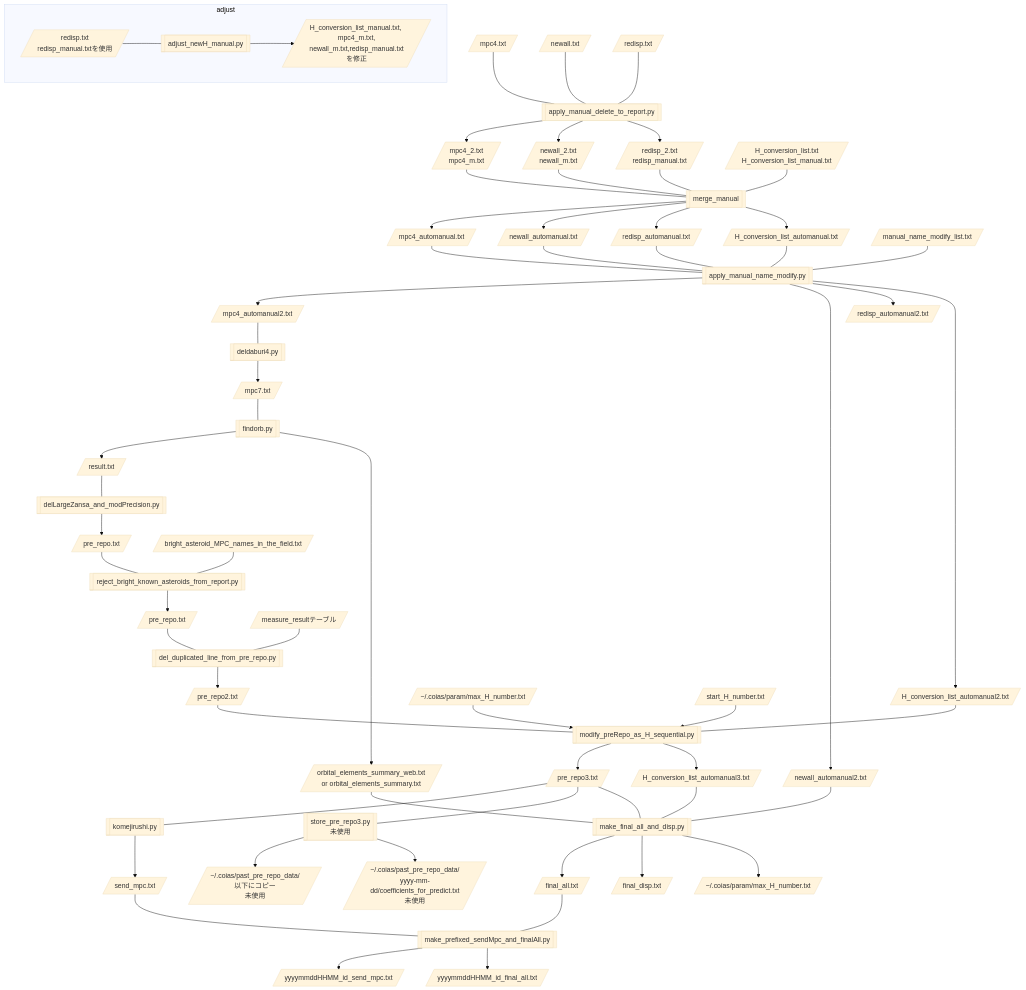
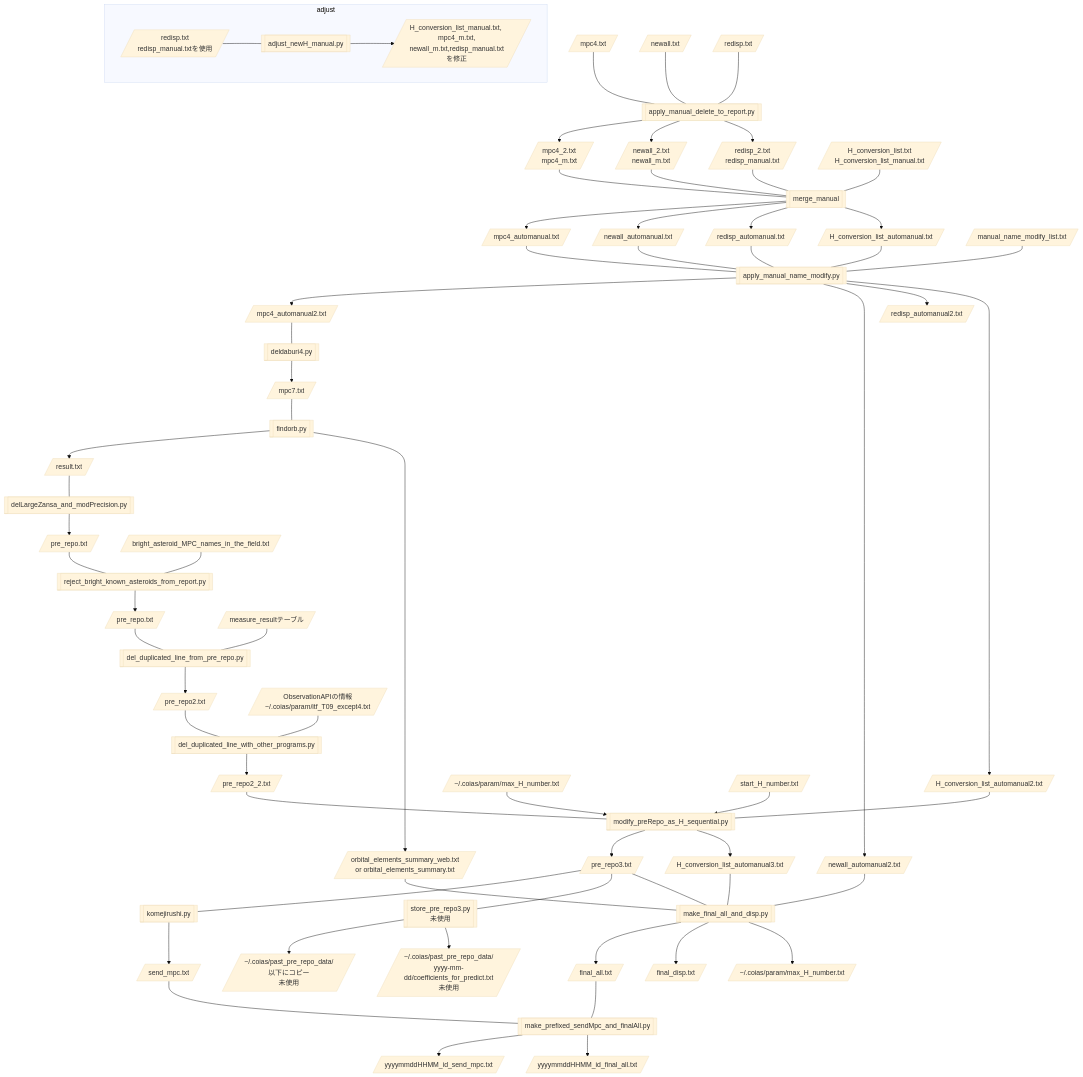
Before and after one commit to COIAS-program/COIAS_program_github: the diagram in flowcharts/flowchart7-AstsearchR_afterReCOIAS.md, drawn with Mermaid (base theme).

Commit message:
概要としてflowchartのみ更新。プログラムの修正はまだ

```diff
--- a/flowcharts/flowchart7-AstsearchR_afterReCOIAS.md
+++ b/flowcharts/flowchart7-AstsearchR_afterReCOIAS.md
@@ -44,7 +44,10 @@
 	W --- b[[del_duplicated_line_from_pre_repo.py]]
 	c[/measure_resultテーブル/] --- b
 	b --> d[/pre_repo2.txt/]
-    d --- Y[[modify_preRepo_as_H_sequential.py]]
+    d --- Y2[[del_duplicated_line_with_other_programs.py]]
+    c2[/ObservationAPIの情報\n~/.coias/param/itf_T09_except4.txt/] --- Y2
+    Y2 --> d2[/pre_repo2_2.txt/]
+    d2 --- Y[[modify_preRepo_as_H_sequential.py]]
     r[/"~/.coias/param/max_H_number.txt"/] --> Y
     s[/start_H_number.txt/] --> Y
     Y --> Z[/pre_repo3.txt/]
```
